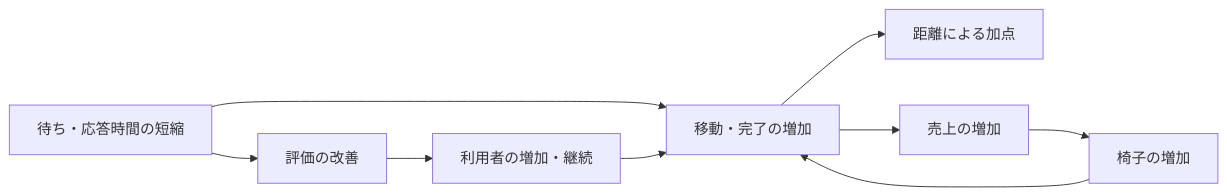
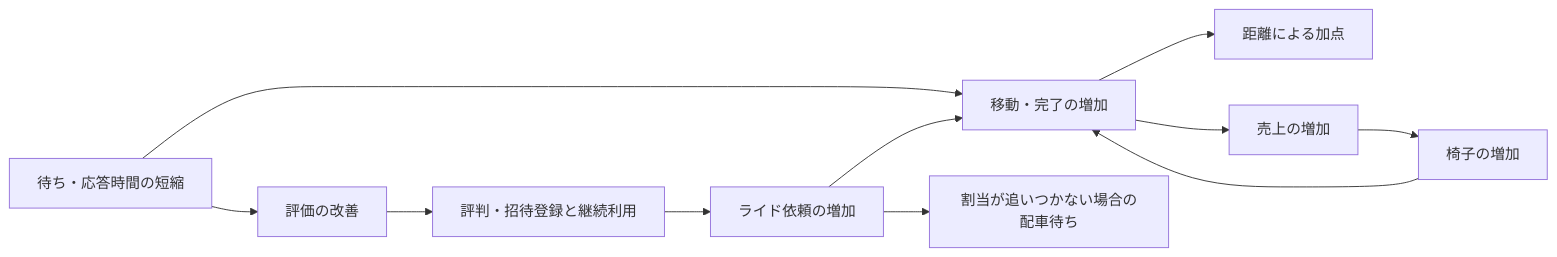
The diagram in docs/analysis/benchmark-score-structure.md (EkeMinusYou/isucon14-02), drawn with Mermaid before and after one commit. The commit also changed other lines of this file, not shown here.

````diff
--- a/docs/analysis/benchmark-score-structure.md
+++ b/docs/analysis/benchmark-score-structure.md
@@ -62,11 +92,13 @@
 ```mermaid
 flowchart LR
     A["待ち・応答時間の短縮"] --> B["移動・完了の増加"]
     B --> C["距離による加点"]
     B --> D["売上の増加"]
     D --> E["椅子の増加"]
     E --> B
     A --> F["評価の改善"]
-    F --> G["利用者の増加・継続"]
-    G --> B
+    F --> G["評判・招待登録と継続利用"]
+    G --> H["ライド依頼の増加"]
+    H --> B
+    H --> I["割当が追いつかない場合の配車待ち"]
 ```
````
